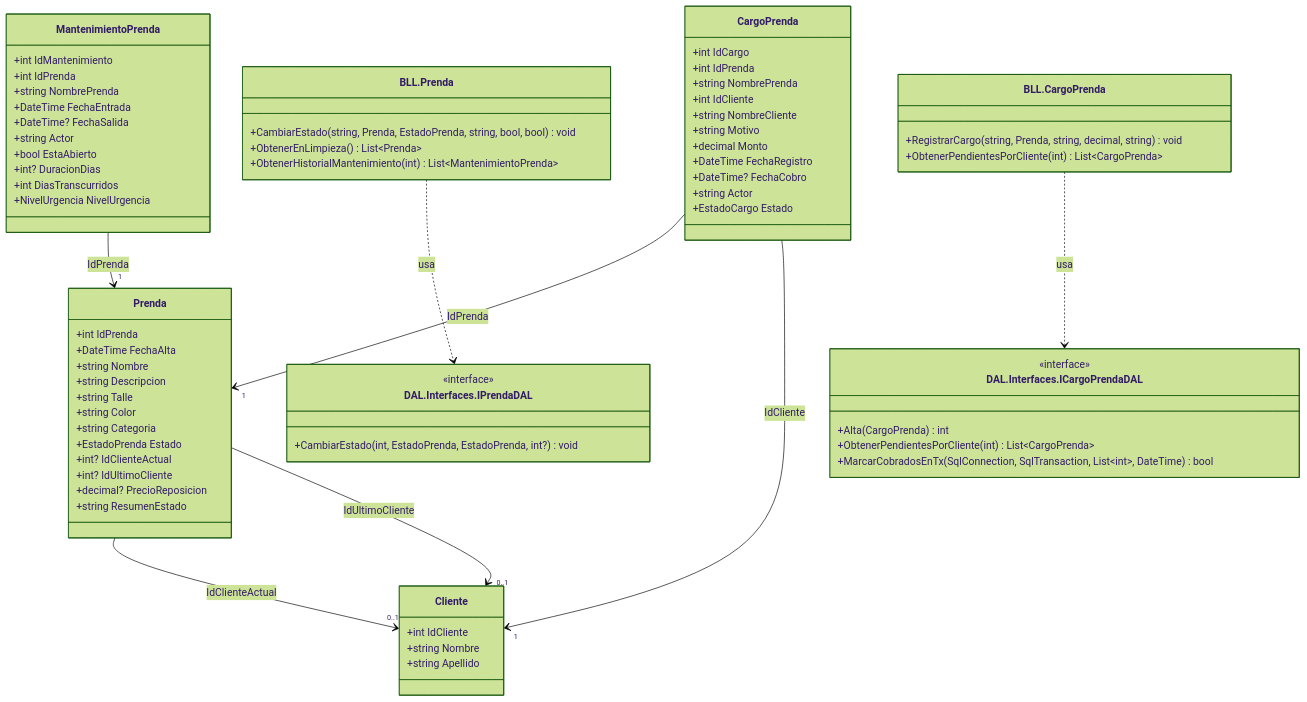
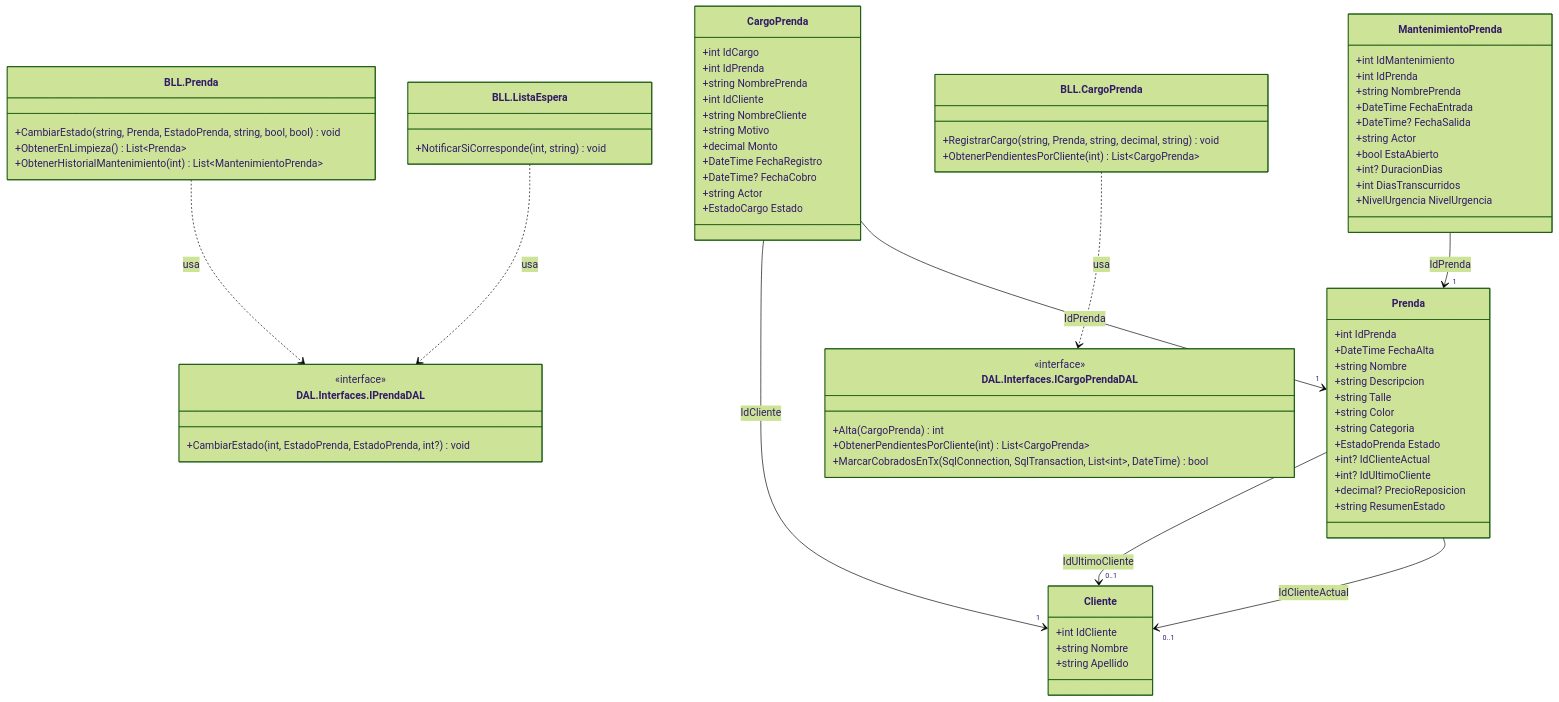
The diagram in docs/diagramas/mermaid/CLASES_pn04_devolucion.mmd (valentinamorana/Trabajo-de-Diploma), drawn with Mermaid (forest theme) before and after one commit. The commit also changed 16 other files, not shown here.

```diff
--- a/docs/diagramas/mermaid/CLASES_pn04_devolucion.mmd
+++ b/docs/diagramas/mermaid/CLASES_pn04_devolucion.mmd
@@ -1,72 +1,76 @@
 classDiagram
   direction TB
   class Prenda {
     +int IdPrenda
     +DateTime FechaAlta
     +string Nombre
     +string Descripcion
     +string Talle
     +string Color
     +string Categoria
     +EstadoPrenda Estado
     +int? IdClienteActual
     +int? IdUltimoCliente
     +decimal? PrecioReposicion
     +string ResumenEstado
   }
   class MantenimientoPrenda {
     +int IdMantenimiento
     +int IdPrenda
     +string NombrePrenda
     +DateTime FechaEntrada
     +DateTime? FechaSalida
     +string Actor
     +bool EstaAbierto
     +int? DuracionDias
     +int DiasTranscurridos
     +NivelUrgencia NivelUrgencia
   }
   class CargoPrenda {
     +int IdCargo
     +int IdPrenda
     +string NombrePrenda
     +int IdCliente
     +string NombreCliente
     +string Motivo
     +decimal Monto
     +DateTime FechaRegistro
     +DateTime? FechaCobro
     +string Actor
     +EstadoCargo Estado
   }
   class Cliente {
     +int IdCliente
     +string Nombre
     +string Apellido
   }
+  class BLL_ListaEspera["BLL.ListaEspera"] {
+    +NotificarSiCorresponde(int,  string) void
+  }
   class BLL_Prenda["BLL.Prenda"] {
     +CambiarEstado(string,  Prenda,  EstadoPrenda,  string,  bool,  bool) void
     +ObtenerEnLimpieza() List~Prenda~
     +ObtenerHistorialMantenimiento(int) List~MantenimientoPrenda~
   }
   class BLL_CargoPrenda["BLL.CargoPrenda"] {
     +RegistrarCargo(string,  Prenda,  string,  decimal,  string) void
     +ObtenerPendientesPorCliente(int) List~CargoPrenda~
   }
   class DAL_Interfaces_IPrendaDAL["DAL.Interfaces.IPrendaDAL"] {
     <<interface>>
     +CambiarEstado(int,  EstadoPrenda,  EstadoPrenda,  int?) void
   }
   class DAL_Interfaces_ICargoPrendaDAL["DAL.Interfaces.ICargoPrendaDAL"] {
     <<interface>>
     +Alta(CargoPrenda) int
     +ObtenerPendientesPorCliente(int) List~CargoPrenda~
     +MarcarCobradosEnTx(SqlConnection,  SqlTransaction,  List~int~,  DateTime) bool
   }
   Prenda --> "0..1" Cliente : IdClienteActual
   Prenda --> "0..1" Cliente : IdUltimoCliente
   MantenimientoPrenda --> "1" Prenda : IdPrenda
   CargoPrenda --> "1" Prenda : IdPrenda
   CargoPrenda --> "1" Cliente : IdCliente
+  BLL_ListaEspera ..> DAL_Interfaces_IPrendaDAL : usa
   BLL_Prenda ..> DAL_Interfaces_IPrendaDAL : usa
   BLL_CargoPrenda ..> DAL_Interfaces_ICargoPrendaDAL : usa
```
